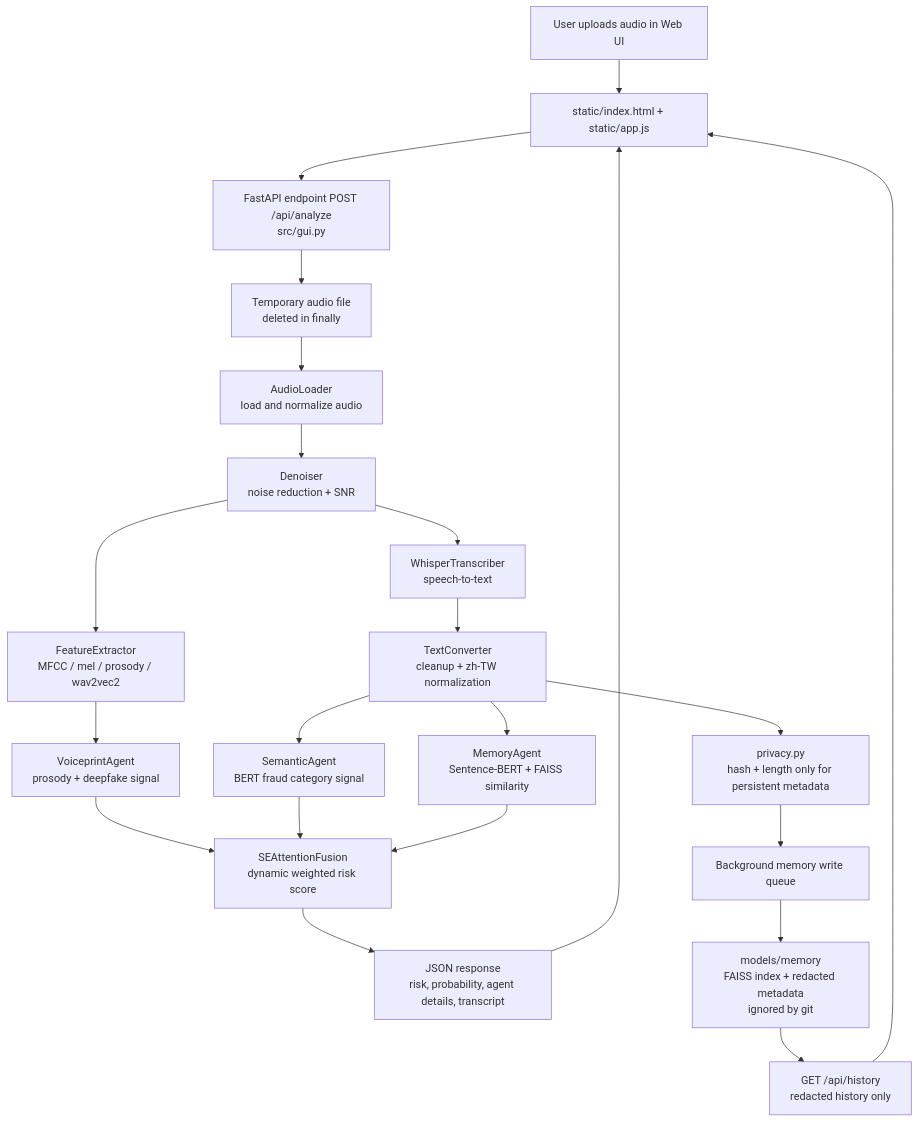
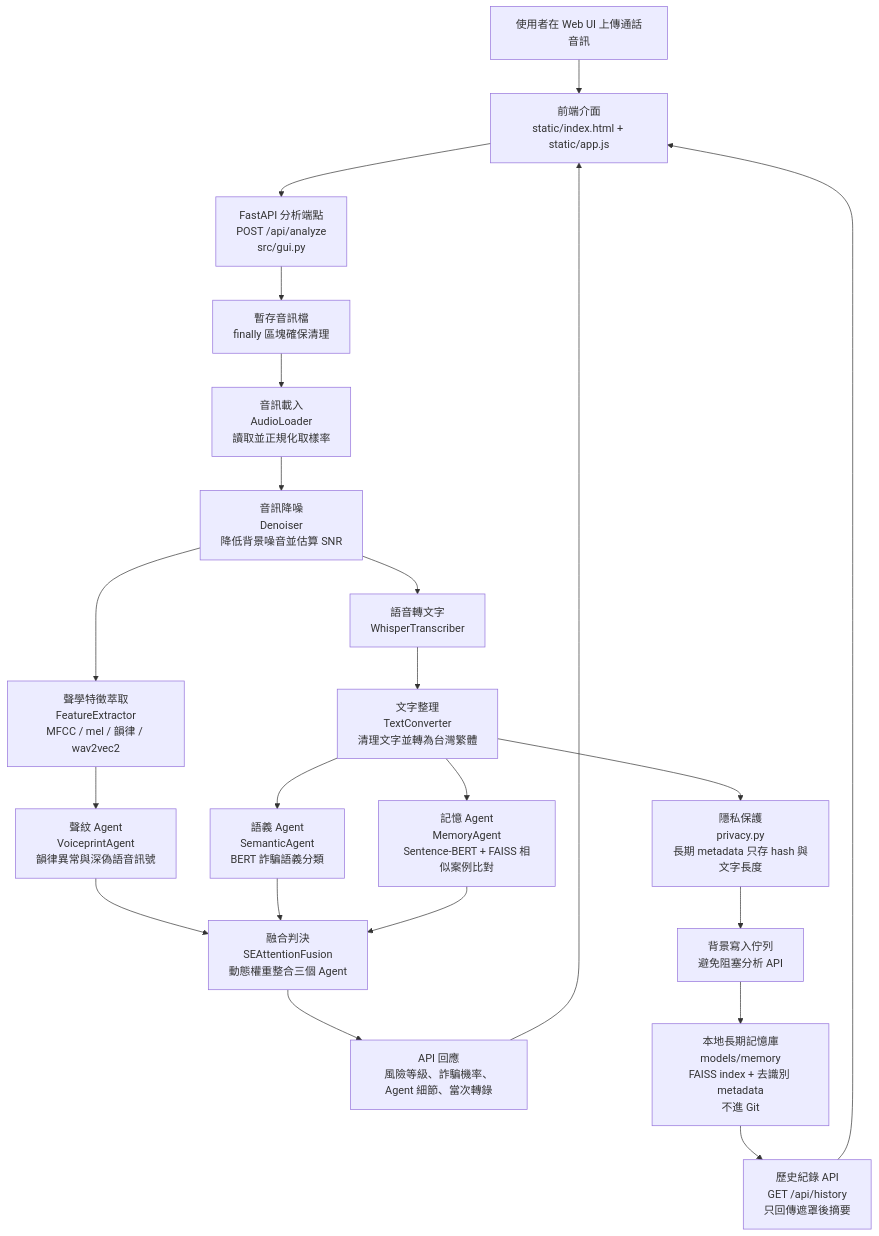
Before and after one commit to EYY7592/AI_Voice: the diagram in README.md, drawn with Mermaid. The commit also changed other lines of this file, not shown here.

Commit message:
Localize README architecture diagram

````diff
--- a/README.md
+++ b/README.md
@@ -77,31 +67,31 @@
 ```mermaid
 flowchart TD
-    U["User uploads audio in Web UI"] --> UI["static/index.html + static/app.js"]
-    UI --> API["FastAPI endpoint POST /api/analyze<br/>src/gui.py"]
+    U["使用者在 Web UI 上傳通話音訊"] --> UI["前端介面<br/>static/index.html + static/app.js"]
+    UI --> API["FastAPI 分析端點<br/>POST /api/analyze<br/>src/gui.py"]
 
-    API --> TMP["Temporary audio file<br/>deleted in finally"]
-    TMP --> LDR["AudioLoader<br/>load and normalize audio"]
-    LDR --> DENOISE["Denoiser<br/>noise reduction + SNR"]
-    DENOISE --> FEAT["FeatureExtractor<br/>MFCC / mel / prosody / wav2vec2"]
+    API --> TMP["暫存音訊檔<br/>finally 區塊確保清理"]
+    TMP --> LDR["音訊載入<br/>AudioLoader<br/>讀取並正規化取樣率"]
+    LDR --> DENOISE["音訊降噪<br/>Denoiser<br/>降低背景噪音並估算 SNR"]
+    DENOISE --> FEAT["聲學特徵萃取<br/>FeatureExtractor<br/>MFCC / mel / 韻律 / wav2vec2"]
 
-    DENOISE --> ASR["WhisperTranscriber<br/>speech-to-text"]
-    ASR --> TXT["TextConverter<br/>cleanup + zh-TW normalization"]
+    DENOISE --> ASR["語音轉文字<br/>WhisperTranscriber"]
+    ASR --> TXT["文字整理<br/>TextConverter<br/>清理文字並轉為台灣繁體"]
 
-    FEAT --> VAGENT["VoiceprintAgent<br/>prosody + deepfake signal"]
-    TXT --> SAGENT["SemanticAgent<br/>BERT fraud category signal"]
-    TXT --> MAGENT["MemoryAgent<br/>Sentence-BERT + FAISS similarity"]
+    FEAT --> VAGENT["聲紋 Agent<br/>VoiceprintAgent<br/>韻律異常與深偽語音訊號"]
+    TXT --> SAGENT["語義 Agent<br/>SemanticAgent<br/>BERT 詐騙語義分類"]
+    TXT --> MAGENT["記憶 Agent<br/>MemoryAgent<br/>Sentence-BERT + FAISS 相似案例比對"]
 
-    VAGENT --> FUSION["SEAttentionFusion<br/>dynamic weighted risk score"]
+    VAGENT --> FUSION["融合判決<br/>SEAttentionFusion<br/>動態權重整合三個 Agent"]
     SAGENT --> FUSION
     MAGENT --> FUSION
 
-    FUSION --> RESPONSE["JSON response<br/>risk, probability, agent details, transcript"]
+    FUSION --> RESPONSE["API 回應<br/>風險等級、詐騙機率、Agent 細節、當次轉錄"]
     RESPONSE --> UI
 
-    TXT --> PRIVACY["privacy.py<br/>hash + length only for persistent metadata"]
-    PRIVACY --> QUEUE["Background memory write queue"]
-    QUEUE --> MEMORY["models/memory<br/>FAISS index + redacted metadata<br/>ignored by git"]
+    TXT --> PRIVACY["隱私保護<br/>privacy.py<br/>長期 metadata 只存 hash 與文字長度"]
+    PRIVACY --> QUEUE["背景寫入佇列<br/>避免阻塞分析 API"]
+    QUEUE --> MEMORY["本地長期記憶庫<br/>models/memory<br/>FAISS index + 去識別 metadata<br/>不進 Git"]
 
-    MEMORY --> HISTORY["GET /api/history<br/>redacted history only"]
+    MEMORY --> HISTORY["歷史紀錄 API<br/>GET /api/history<br/>只回傳遮罩後摘要"]
     HISTORY --> UI
 ```
````
